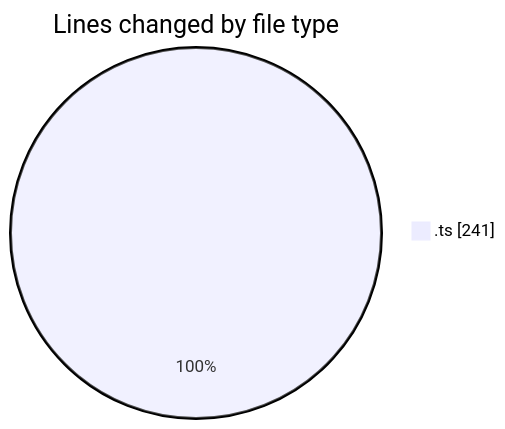
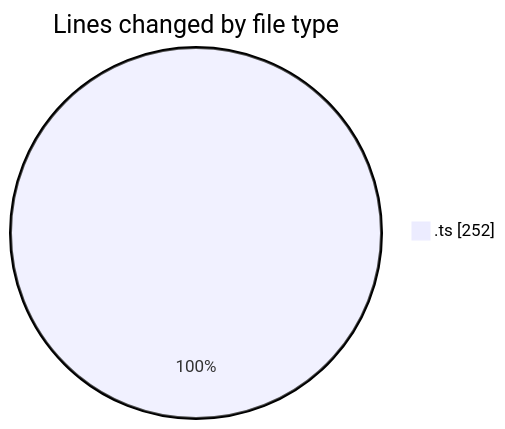
The first of 2 diagrams in 2025-09-12/cda/README.md (momahboobian/code-tracking), drawn with Mermaid before and after one commit. The commit also changed other lines of this file and 1 other file, not shown here.

````diff
--- a/2025-09-12/cda/README.md
+++ b/2025-09-12/cda/README.md
@@ -22,5 +22,5 @@
 ```mermaid
 pie showData
 title Lines changed by file type
-".ts" : 241
+".ts" : 252
 ```
````
